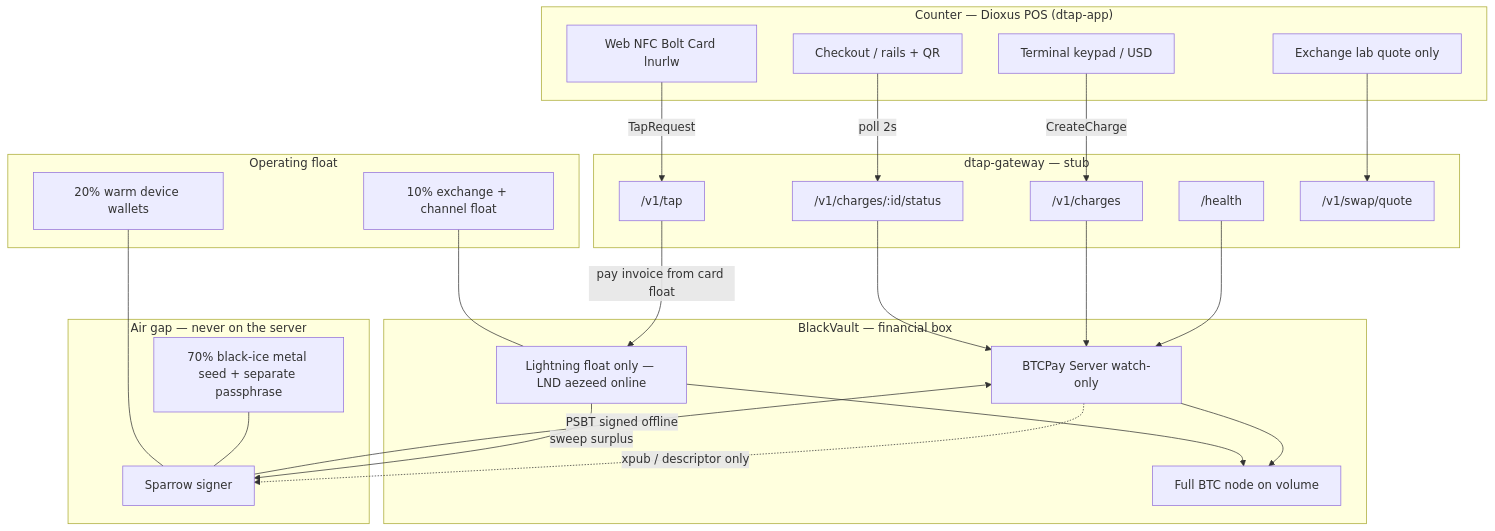
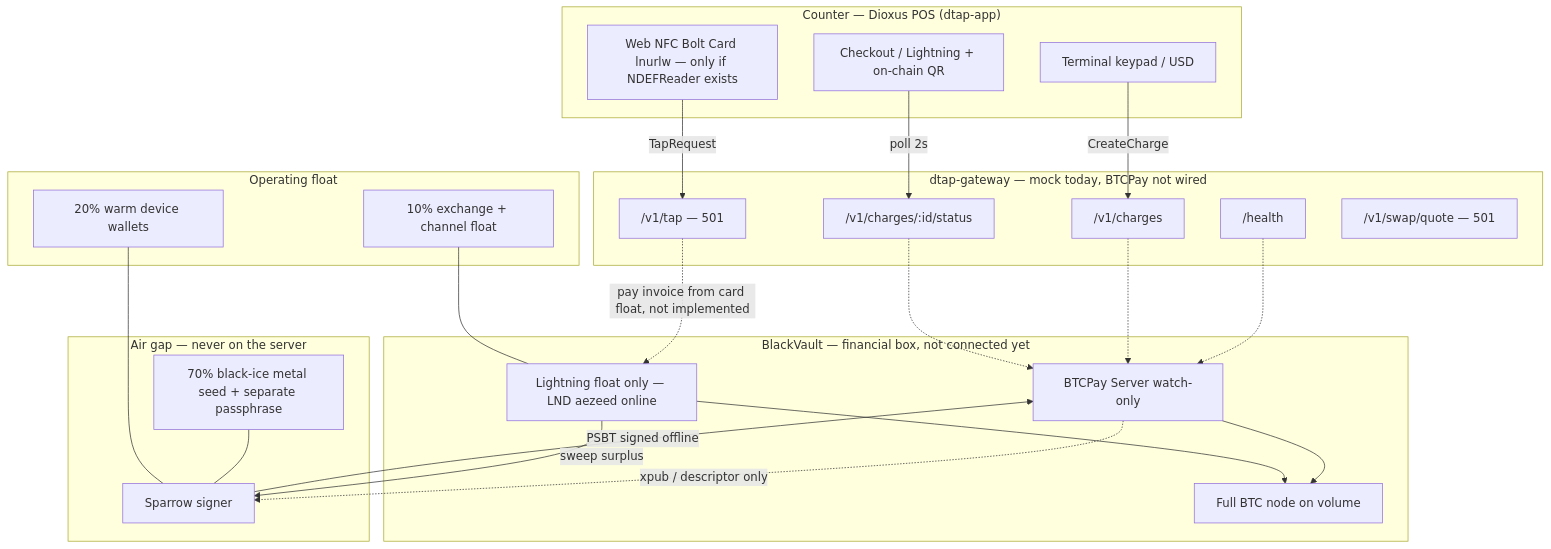
One commit to bluewitch/dtap changed the diagram in README.md. Above: the diagram before and after it, drawn with Mermaid. The commit also changed other lines of this file and 16 other files, not shown here.

````diff
--- a/README.md
+++ b/README.md
@@ -11,51 +114,49 @@
 ```mermaid
 flowchart TB
     subgraph counter ["Counter — Dioxus POS (dtap-app)"]
         T["Terminal keypad / USD"]
-        C["Checkout / rails + QR"]
-        N["Web NFC Bolt Card lnurlw"]
-        X["Exchange lab quote only"]
+        C["Checkout / Lightning + on-chain QR"]
+        N["Web NFC Bolt Card lnurlw — only if NDEFReader exists"]
     end
 
-    subgraph gw ["dtap-gateway — stub"]
+    subgraph gw ["dtap-gateway — mock today, BTCPay not wired"]
         H["/health"]
         CH["/v1/charges"]
         ST["/v1/charges/:id/status"]
-        TAP["/v1/tap"]
-        Q["/v1/swap/quote"]
+        TAP["/v1/tap — 501"]
+        Q["/v1/swap/quote — 501"]
     end
 
-    subgraph vault ["BlackVault — financial box"]
+    subgraph vault ["BlackVault — financial box, not connected yet"]
         NODE["Full BTC node on volume"]
         PAY["BTCPay Server watch-only"]
         LN["Lightning float only — LND aezeed online"]
     end
 
     subgraph cold ["Air gap — never on the server"]
         SP["Sparrow signer"]
         METAL["70% black-ice metal seed + separate passphrase"]
     end
 
     subgraph warmhot ["Operating float"]
         WARM["20% warm device wallets"]
         HOT["10% exchange + channel float"]
     end
 
     T -->|CreateCharge| CH
     C -->|poll 2s| ST
     N -->|TapRequest| TAP
-    X --> Q
-    H --> PAY
-    CH --> PAY
-    ST --> PAY
-    TAP -->|pay invoice from card float| LN
+    H -.-> PAY
+    CH -.-> PAY
+    ST -.-> PAY
+    TAP -.->|pay invoice from card float, not implemented| LN
     PAY --> NODE
     LN --> NODE
 
     PAY -.->|xpub / descriptor only| SP
     SP -->|PSBT signed offline| PAY
     METAL --- SP
     LN -->|sweep surplus| SP
     HOT --- LN
     WARM --- SP
 ```
````
